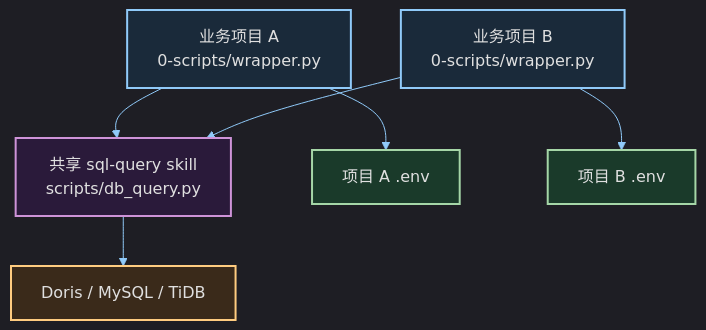
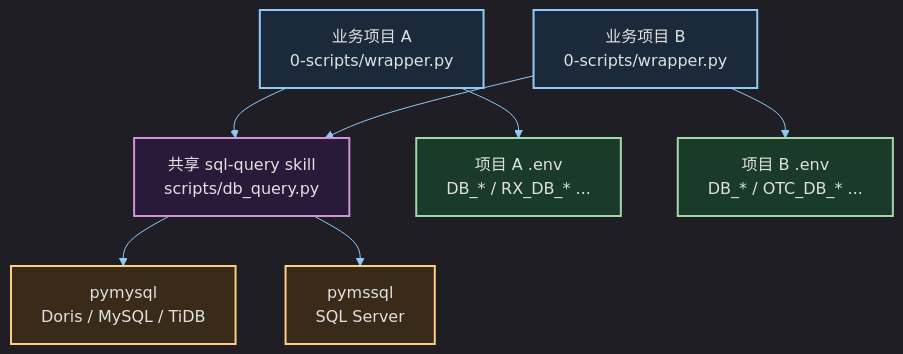
The first of 2 diagrams in README.md (yeyangchen2009/sql-query), drawn with Mermaid before and after one commit. The commit also changed other lines of this file and 4 other files, not shown here.

First line of the commit message:
支持多数据库连接与 SQL Server

````diff
--- a/README.md
+++ b/README.md
@@ -54,16 +54,18 @@
 ```mermaid
 %%{init: {"theme":"dark","themeVariables":{"primaryColor":"#1a2a3a","primaryBorderColor":"#90caf9","primaryTextColor":"#e0e0e0","lineColor":"#90caf9","secondaryColor":"#1a3a2a","tertiaryColor":"#2a1a3a","actorBkg":"#1a2a3a","actorBorder":"#90caf9","actorTextColor":"#e0e0e0","activationBkgColor":"#1a3a2a","activationBorderColor":"#a5d6a7","signalColor":"#e0e0e0","signalTextColor":"#e0e0e0","noteBkgColor":"#3a2a1a","noteTextColor":"#e0e0e0"}}}%%
 flowchart TD
     A["业务项目 A<br/>0-scripts/wrapper.py"] --> S["共享 sql-query skill<br/>scripts/db_query.py"]
     B["业务项目 B<br/>0-scripts/wrapper.py"] --> S
-    A --> EA["项目 A .env"]
-    B --> EB["项目 B .env"]
-    S --> D["Doris / MySQL / TiDB"]
+    A --> EA["项目 A .env<br/>DB_* / RX_DB_* ..."]
+    B --> EB["项目 B .env<br/>DB_* / OTC_DB_* ..."]
+    S --> D1["pymysql<br/>Doris / MySQL / TiDB"]
+    S --> D2["pymssql<br/>SQL Server"]
 
     style A fill:#1a2a3a,stroke:#90caf9,stroke-width:2px,color:#e0e0e0
     style B fill:#1a2a3a,stroke:#90caf9,stroke-width:2px,color:#e0e0e0
     style S fill:#2a1a3a,stroke:#ce93d8,stroke-width:2px,color:#e0e0e0
     style EA fill:#1a3a2a,stroke:#a5d6a7,stroke-width:2px,color:#e0e0e0
     style EB fill:#1a3a2a,stroke:#a5d6a7,stroke-width:2px,color:#e0e0e0
-    style D fill:#3a2a1a,stroke:#ffcc80,stroke-width:2px,color:#e0e0e0
+    style D1 fill:#3a2a1a,stroke:#ffcc80,stroke-width:2px,color:#e0e0e0
+    style D2 fill:#3a2a1a,stroke:#ffcc80,stroke-width:2px,color:#e0e0e0
 ```
````
